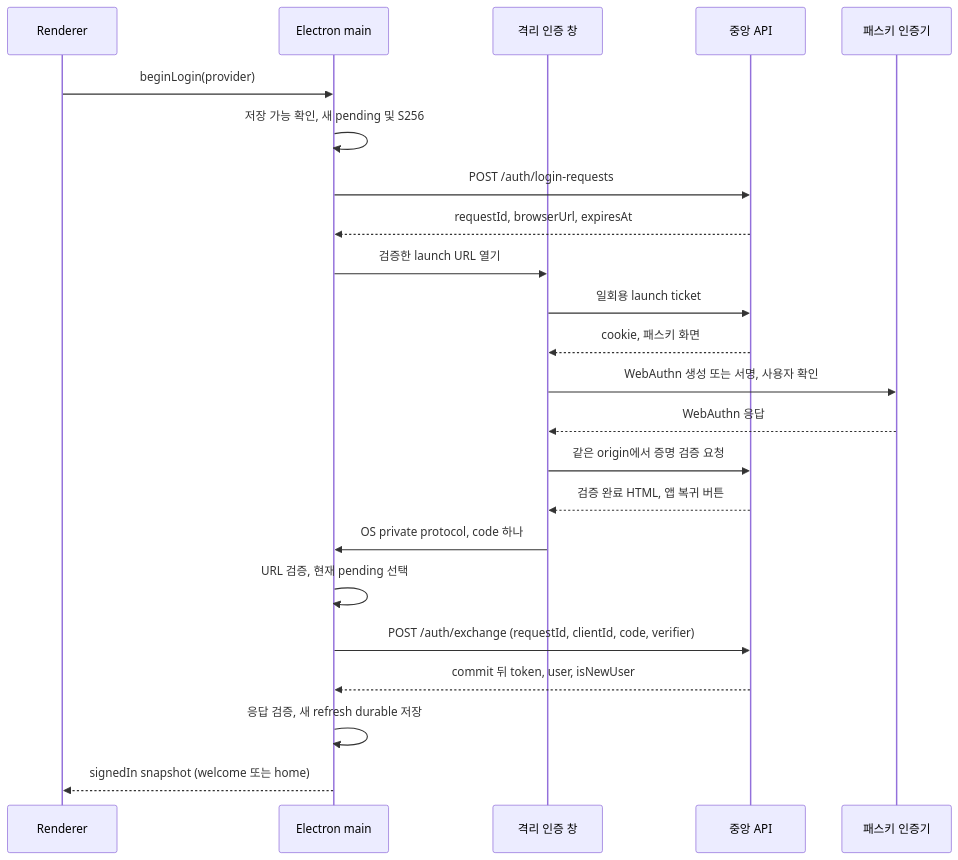
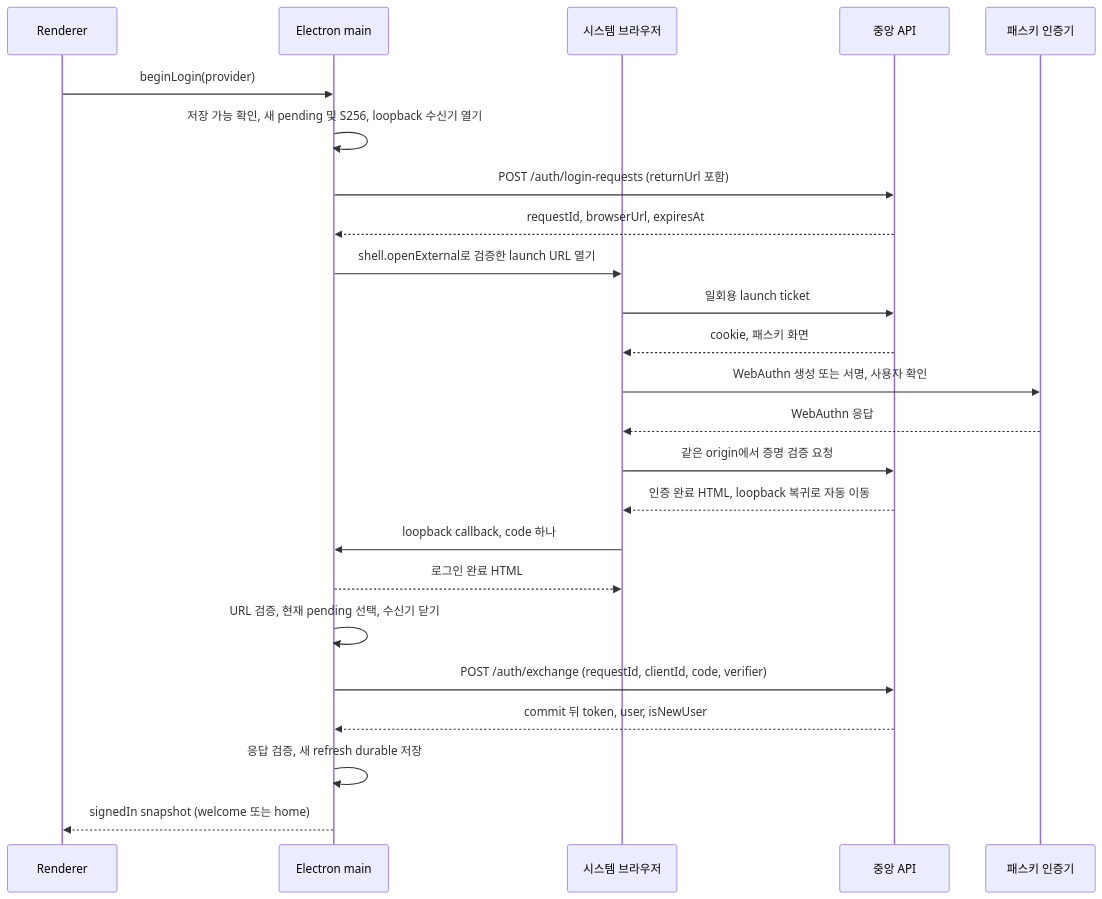
The diagram in docs/rules/desktop-auth-lifecycle.md (blahaj94/dfragon), drawn with Mermaid before and after one commit. The commit also changed other lines of this file and 9 other files, not shown here.

Commit message:
docs: 로그인을 시스템 브라우저와 loopback 복귀로 바꾸고 자체 휴대폰 QR을 제거하는 인증 계약을 기록 (#667)

````diff
--- a/docs/rules/desktop-auth-lifecycle.md
+++ b/docs/rules/desktop-auth-lifecycle.md
@@ -46,25 +47,26 @@
 ```mermaid
 sequenceDiagram
     participant R as Renderer
     participant M as Electron main
-    participant B as 격리 인증 창
+    participant B as 시스템 브라우저
     participant A as 중앙 API
     participant P as 패스키 인증기
     R->>M: beginLogin(provider)
-    M->>M: 저장 가능 확인, 새 pending 및 S256
-    M->>A: POST /auth/login-requests
+    M->>M: 저장 가능 확인, 새 pending 및 S256, loopback 수신기 열기
+    M->>A: POST /auth/login-requests (returnUrl 포함)
     A-->>M: requestId, browserUrl, expiresAt
-    M->>B: 검증한 launch URL 열기
+    M->>B: shell.openExternal로 검증한 launch URL 열기
     B->>A: 일회용 launch ticket
     A-->>B: cookie, 패스키 화면
     B->>P: WebAuthn 생성 또는 서명, 사용자 확인
     P-->>B: WebAuthn 응답
     B->>A: 같은 origin에서 증명 검증 요청
-    A-->>B: 검증 완료 HTML, 앱 복귀 버튼
-    B->>M: OS private protocol, code 하나
-    M->>M: URL 검증, 현재 pending 선택
+    A-->>B: 인증 완료 HTML, loopback 복귀로 자동 이동
+    B->>M: loopback callback, code 하나
+    M-->>B: 로그인 완료 HTML
+    M->>M: URL 검증, 현재 pending 선택, 수신기 닫기
     M->>A: POST /auth/exchange (requestId, clientId, code, verifier)
     A-->>M: commit 뒤 token, user, isNewUser
     M->>M: 응답 검증, 새 refresh durable 저장
     M-->>R: signedIn snapshot (welcome 또는 home)
 ```
````
